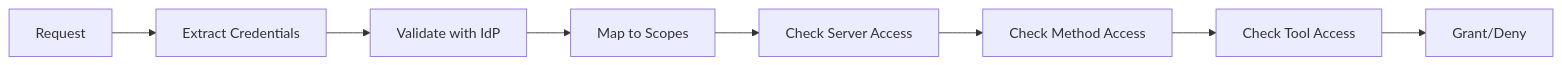
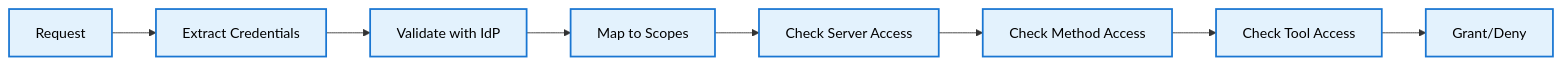
Before and after one commit to jrmatherly/mcp-registry-gateway: the diagram in docs/FAQ.md, drawn with Mermaid. The commit also changed other lines of this file and 35 other files, not shown here.

````diff
--- a/docs/FAQ.md
+++ b/docs/FAQ.md
@@ -410,10 +410,14 @@
 ```mermaid
 graph LR
     A[Request] --> B[Extract Credentials]
     B --> C[Validate with IdP]
     C --> D[Map to Scopes]
     D --> E[Check Server Access]
     E --> F[Check Method Access]
     F --> G[Check Tool Access]
     G --> H[Grant/Deny]
+
+    %% Dark mode text visibility
+    classDef flowStyle fill:#e3f2fd,stroke:#1976d2,stroke-width:2px,color:#000
+    class A,B,C,D,E,F,G,H flowStyle
 ```
````
